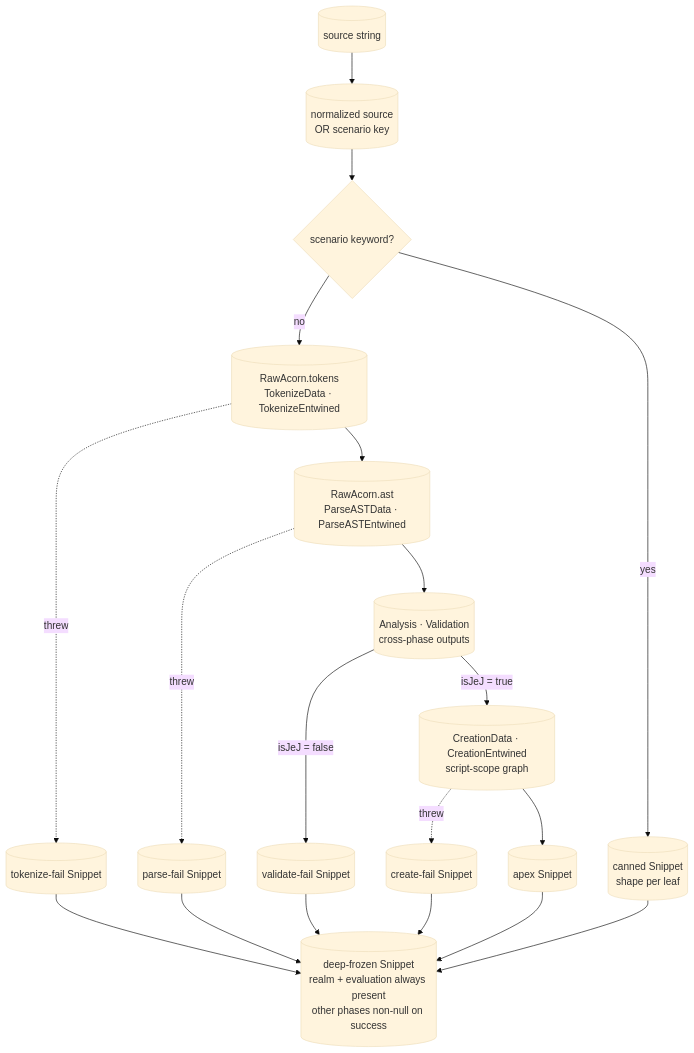
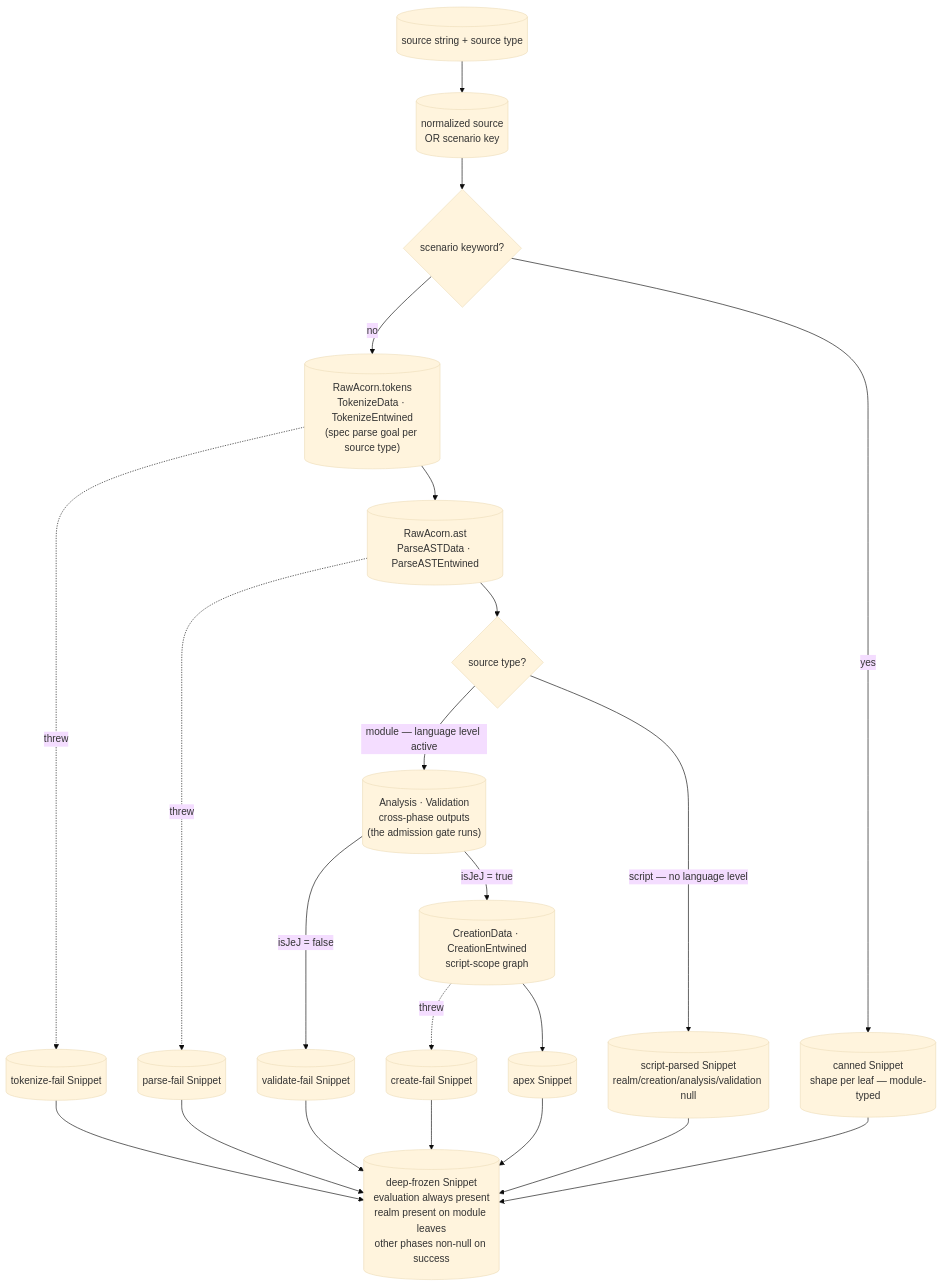
The first of 2 diagrams in src/lib/just-enough/javascript/embody/DOCS.md (codeschoolinabox/curricula), drawn with Mermaid (base theme) before and after one commit. The commit also changed other lines of this file and 14 other files, not shown here.

Commit message:
docs: embody(code, {type}) contract + just-enough-javascript language-level plugin

````diff
--- a/src/lib/just-enough/javascript/embody/DOCS.md
+++ b/src/lib/just-enough/javascript/embody/DOCS.md
@@ -18,16 +25,18 @@
 ```mermaid
 flowchart TD
-    src[("source string")] --> norm[("normalized source\nOR scenario key")]
+    src[("source string + source type")] --> norm[("normalized source\nOR scenario key")]
     norm --> dispatch{"scenario keyword?"}
-    dispatch -->|"yes"| canned[("canned Snippet\nshape per leaf")]
-    dispatch -->|"no"| tokData[("RawAcorn.tokens\nTokenizeData · TokenizeEntwined")]
+    dispatch -->|"yes"| canned[("canned Snippet\nshape per leaf — module-typed")]
+    dispatch -->|"no"| tokData[("RawAcorn.tokens\nTokenizeData · TokenizeEntwined\n(spec parse goal per source type)")]
     tokData --> astData[("RawAcorn.ast\nParseASTData · ParseASTEntwined")]
-    astData --> analyzed[("Analysis · Validation\ncross-phase outputs")]
+    astData --> typeFork{"source type?"}
+    typeFork -->|"script — no language level"| sParsed[("script-parsed Snippet\nrealm/creation/analysis/validation null")]
+    typeFork -->|"module — language level active"| analyzed[("Analysis · Validation\ncross-phase outputs\n(the admission gate runs)")]
     analyzed -->|"isJeJ = true"| created[("CreationData · CreationEntwined\nscript-scope graph")]
     analyzed -->|"isJeJ = false"| vFail[("validate-fail Snippet")]
     tokData -.->|"threw"| tFail[("tokenize-fail Snippet")]
     astData -.->|"threw"| pFail[("parse-fail Snippet")]
     created -.->|"threw"| cFail[("create-fail Snippet")]
     created --> apex[("apex Snippet")]
-    tFail & pFail & vFail & cFail & apex & canned --> frozen[("deep-frozen Snippet\nrealm + evaluation always present\nother phases non-null on success")]
+    tFail & pFail & vFail & cFail & apex & sParsed & canned --> frozen[("deep-frozen Snippet\nevaluation always present\nrealm present on module leaves\nother phases non-null on success")]
 ```
````
